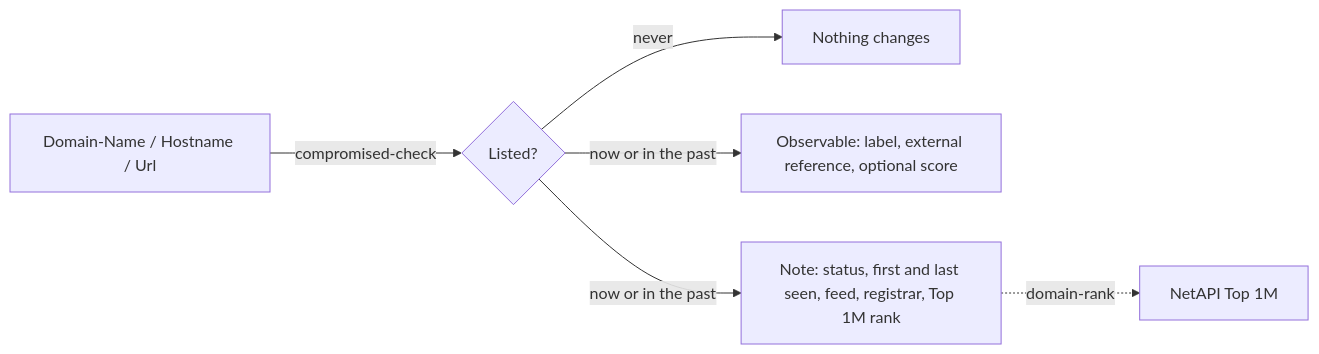
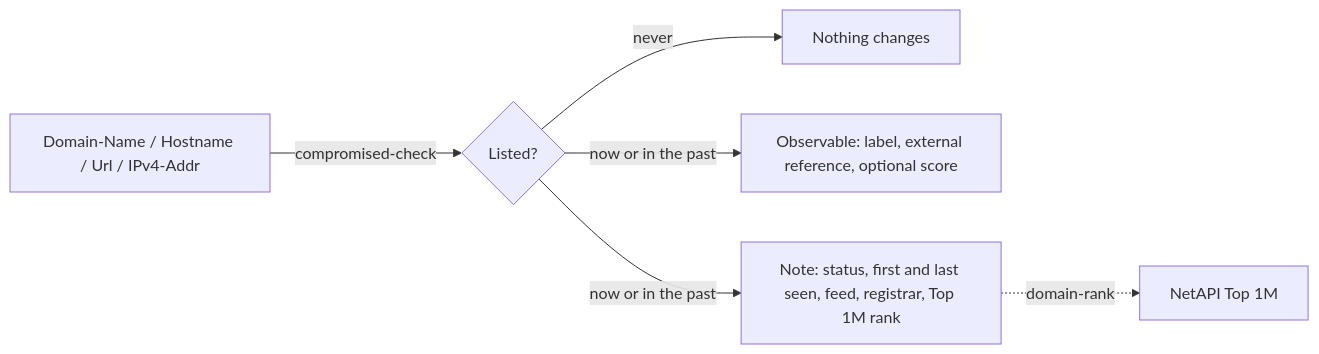
The diagram in internal-enrichment/netapi/README.md (OpenCTI-Platform/connectors), drawn with Mermaid before and after one commit. The commit also changed other lines of this file and 14 other files, not shown here.

Commit message:
feat(netapi): check IPv4 addresses against NetAPI's own IP feed (#8238)

````diff
--- a/internal-enrichment/netapi/README.md
+++ b/internal-enrichment/netapi/README.md
@@ -105,8 +105,8 @@
 ```mermaid
 graph LR
-    A[Domain-Name / Hostname / Url] -->|compromised-check| B{Listed?}
+    A[Domain-Name / Hostname / Url / IPv4-Addr] -->|compromised-check| B{Listed?}
     B -->|never| C[Nothing changes]
     B -->|now or in the past| D[Observable: label, external reference, optional score]
     B -->|now or in the past| E[Note: status, first and last seen, feed, registrar, Top 1M rank]
     E -.->|domain-rank| F[NetAPI Top 1M]
 ```
````
